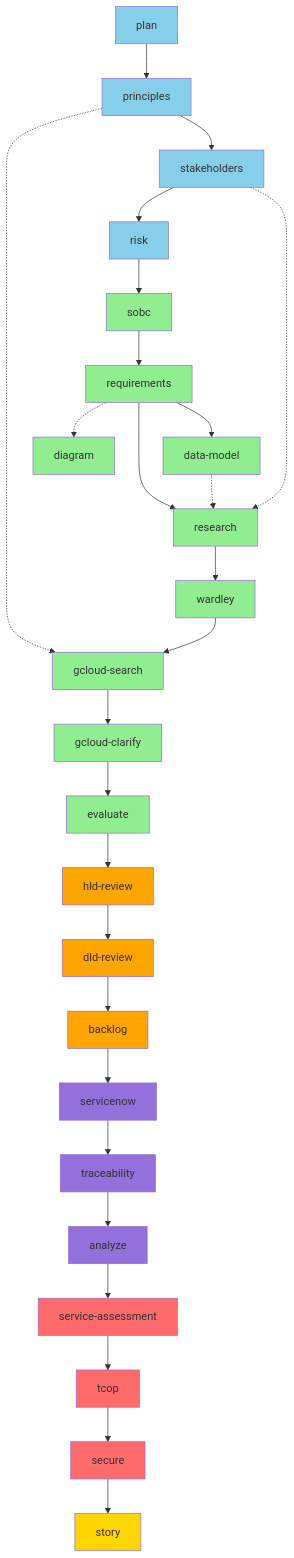
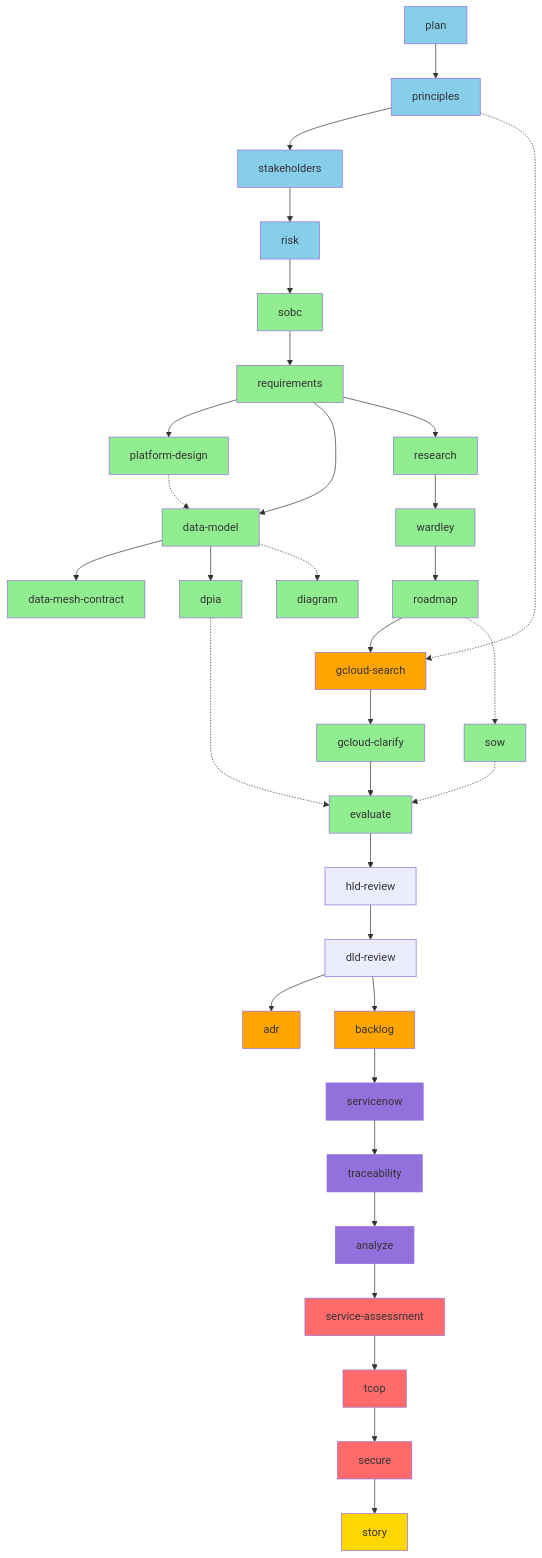
Before and after one commit to tractorjuice/arckit-test-project-v8-ons-data-platform: the second of 9 diagrams in WORKFLOW-DIAGRAMS.md, drawn with Mermaid. The commit also changed other lines of this file and 36 other files, not shown here.

First line of the commit message:
chore: release v0.9.1 - document control standards and ADR/roadmap guides

````diff
--- a/WORKFLOW-DIAGRAMS.md
+++ b/WORKFLOW-DIAGRAMS.md
@@ -91,71 +100,81 @@
 ```mermaid
 graph TD
     %% Tier 0-1: Foundation
     A[plan] --> B[principles]
     B --> C[stakeholders]
     C --> D[risk]
 
     %% Tier 2-3: Business Case & Requirements
     D --> E[sobc]
     E --> F[requirements]
 
-    %% Tier 4: Detailed Design
-    F --> G[data-model]
-    F --> H[research]
+    %% Tier 4: Strategy & Design
+    F --> G[platform-design]
+    F --> H[data-model]
     G -.-> H
-    C -.-> H
-    H --> I[wardley]
+    H --> I[data-mesh-contract]
+    H --> J[dpia]
+    F --> K[research]
+    K --> L[wardley]
+    L --> M[roadmap]
+    H -.-> V[diagram]
 
     %% Tier 5: UK Gov Procurement
-    B -.-> J[gcloud-search]
-    I --> J
-    J --> K[gcloud-clarify]
-    K --> L[evaluate]
+    B -.-> N[gcloud-search]
+    M --> N
+    N --> O[gcloud-clarify]
+    O --> P[evaluate]
+    M -.-> Q[sow]
+    Q -.-> P
+    J -.-> P
 
     %% Tier 6: Design Reviews
-    L --> M[hld-review]
-    M --> N[dld-review]
+    P --> R[hld-review]
+    R --> S[dld-review]
+    S --> T[adr]
 
     %% Tier 7: Implementation
-    N --> O[backlog]
+    S --> U[backlog]
 
     %% Tier 8-9: Operations & Quality
-    O --> P[servicenow]
-    P --> Q[traceability]
-    Q --> R[analyze]
+    U --> W[servicenow]
+    W --> X[traceability]
+    X --> Y[analyze]
 
     %% Tier 10: UK Gov Compliance
-    R --> S[service-assessment]
-    S --> T[tcop]
-    T --> U[secure]
+    Y --> Z[service-assessment]
+    Z --> Z1[tcop]
+    Z1 --> Z2[secure]
 
     %% Tier 11: Reporting
-    U --> W[story]
-
-    %% Optional parallel paths
-    F -.-> V[diagram]
+    Z2 --> AA[story]
 
     style A fill:#87CEEB
     style B fill:#87CEEB
     style C fill:#87CEEB
     style D fill:#87CEEB
     style E fill:#90EE90
     style F fill:#90EE90
     style G fill:#90EE90
     style H fill:#90EE90
     style I fill:#90EE90
     style J fill:#90EE90
     style K fill:#90EE90
     style L fill:#90EE90
-    style M fill:#FFA500
+    style M fill:#90EE90
+    style N fill:#90EE90
+    style O fill:#90EE90
+    style P fill:#90EE90
+    style Q fill:#90EE90
     style N fill:#FFA500
-    style O fill:#FFA500
-    style P fill:#9370DB
-    style Q fill:#9370DB
-    style R fill:#9370DB
-    style S fill:#FF6B6B
-    style T fill:#FF6B6B
-    style U fill:#FF6B6B
+    style T fill:#FFA500
+    style U fill:#FFA500
     style V fill:#90EE90
-    style W fill:#FFD700
+    style W fill:#9370DB
+    style X fill:#9370DB
+    style Y fill:#9370DB
+    style Z fill:#FF6B6B
+    style Z1 fill:#FF6B6B
+    style Z2 fill:#FF6B6B
+    style AA fill:#FFD700
 ```
````
